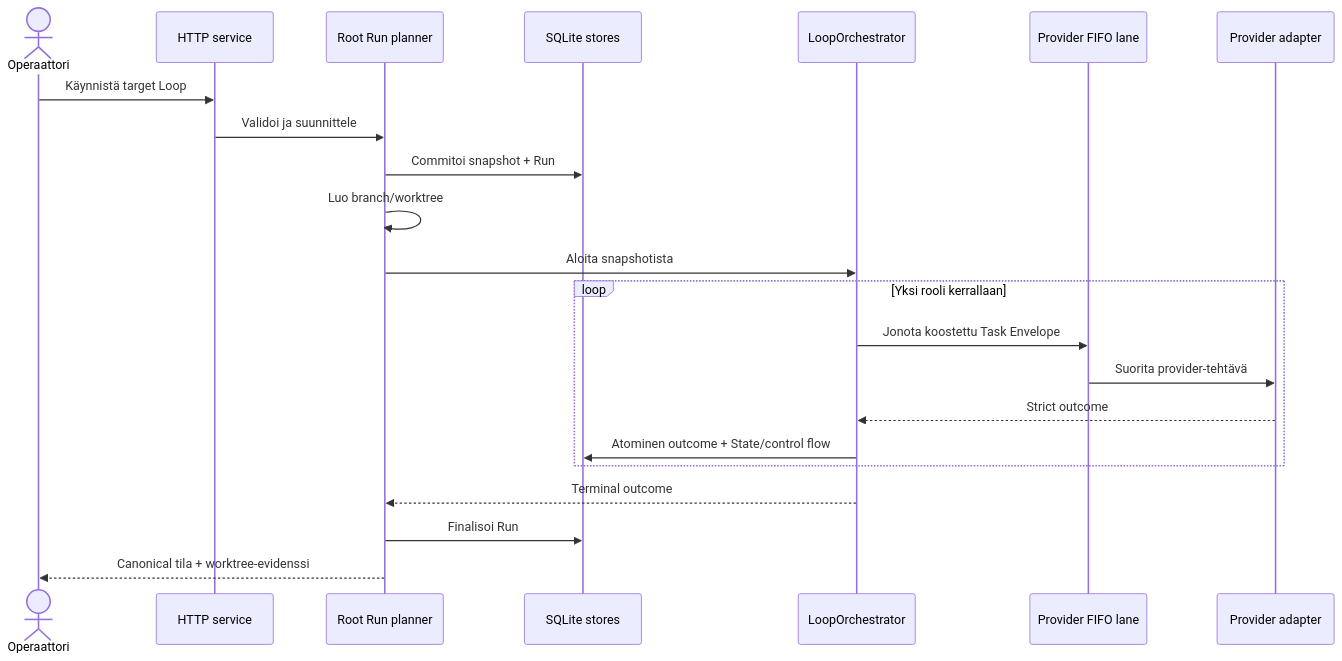
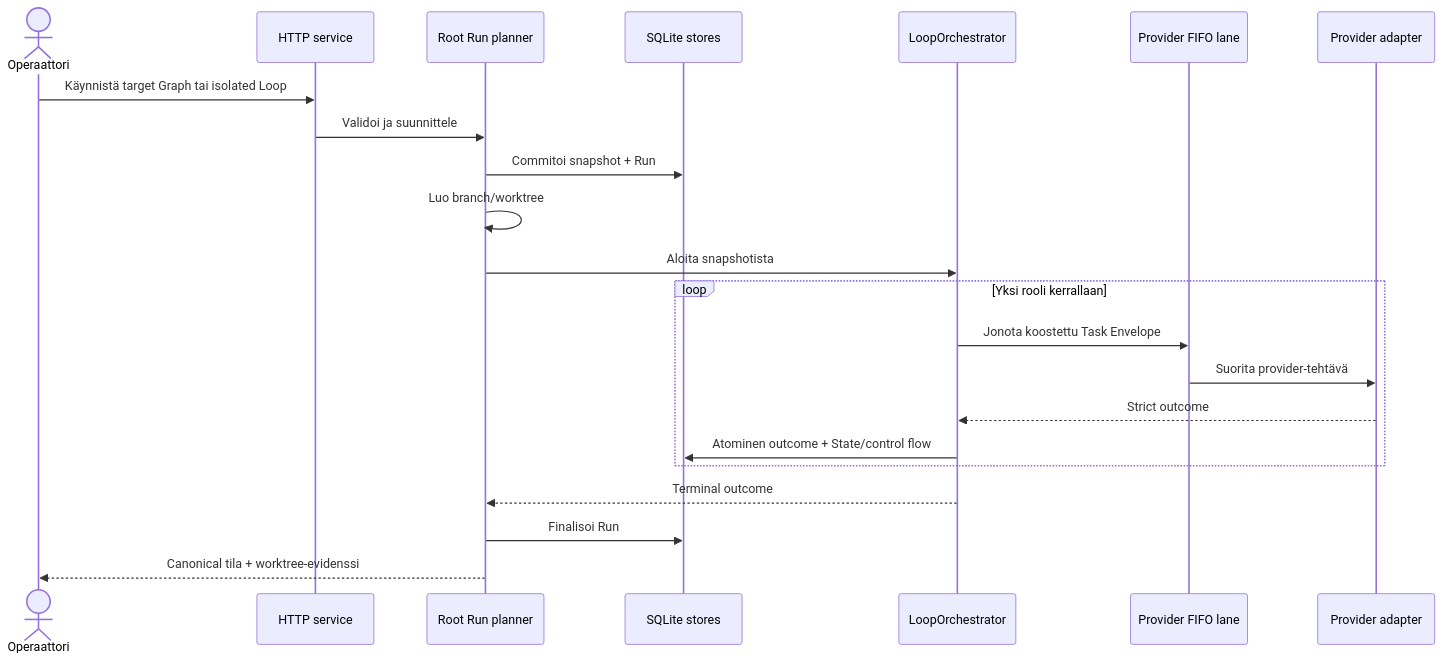
One commit to isinisalo/ballet changed the first of 7 diagrams in .ballet/arc42/06-runtime-view.md. Above: the diagram before and after it, drawn with Mermaid. The commit also changed other lines of this file and 204 other files, not shown here.

Commit message:
graph engineering

````diff
--- a/.ballet/arc42/06-runtime-view.md
+++ b/.ballet/arc42/06-runtime-view.md
@@ -26,24 +26,24 @@
 ```mermaid
 sequenceDiagram
   actor Operator as Operaattori
   participant API as HTTP service
   participant Planner as Root Run planner
   participant DB as SQLite stores
   participant Runtime as LoopOrchestrator
   participant Queue as Provider FIFO lane
   participant Adapter as Provider adapter
-  Operator->>API: Käynnistä target Loop
+  Operator->>API: Käynnistä target Graph tai isolated Loop
   API->>Planner: Validoi ja suunnittele
   Planner->>DB: Commitoi snapshot + Run
   Planner->>Planner: Luo branch/worktree
   Planner->>Runtime: Aloita snapshotista
   loop Yksi rooli kerrallaan
     Runtime->>Queue: Jonota koostettu Task Envelope
     Queue->>Adapter: Suorita provider-tehtävä
     Adapter-->>Runtime: Strict outcome
     Runtime->>DB: Atominen outcome + State/control flow
   end
   Runtime-->>Planner: Terminal outcome
   Planner->>DB: Finalisoi Run
   Planner-->>Operator: Canonical tila + worktree-evidenssi
 ```
````
